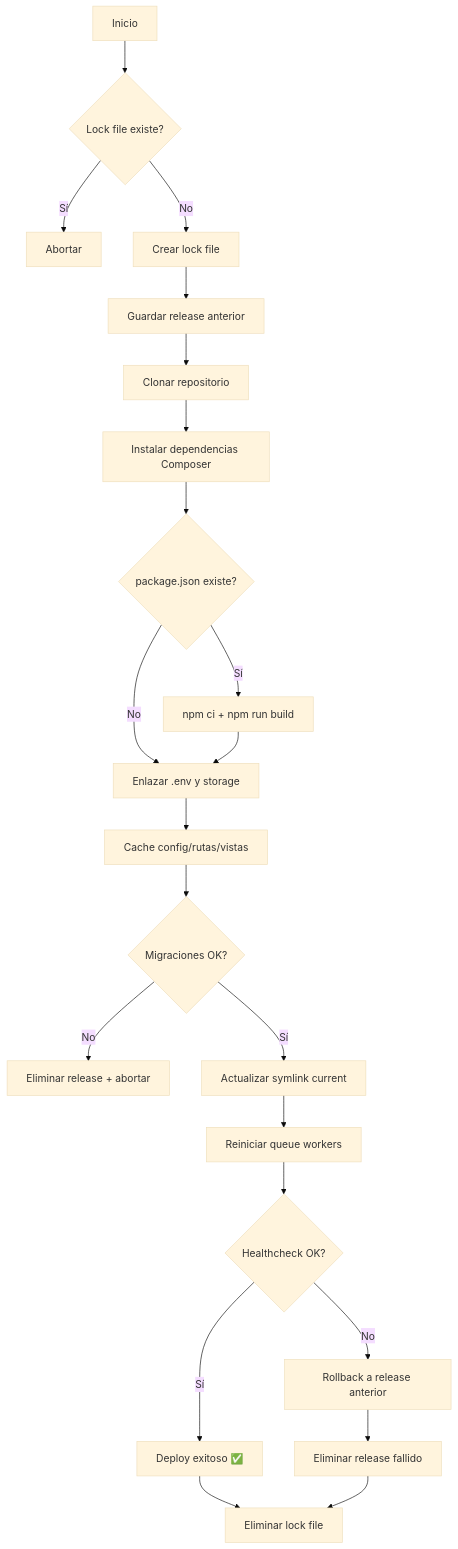
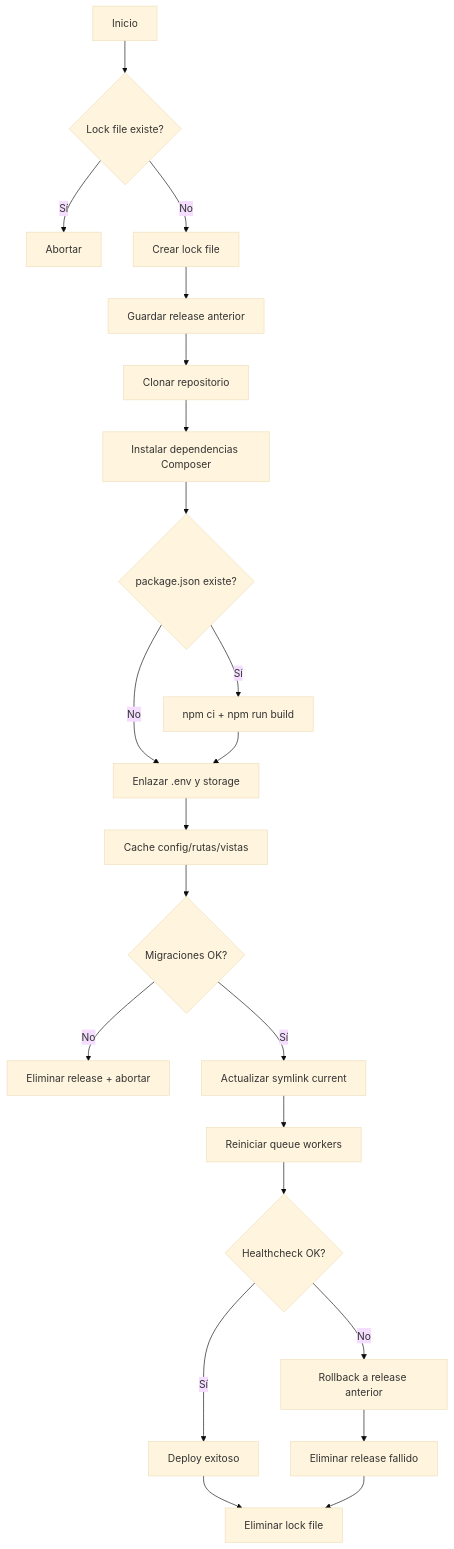
Before and after one commit to elmudometal/server-deploy: the diagram in README.md, drawn with Mermaid (base theme).

Commit message:
fix: eliminar icono en grafico
esto evita que el grafico se renderice en github

````diff
--- a/README.md
+++ b/README.md
@@ -177,24 +177,24 @@
 ```mermaid
 flowchart TD
     A[Inicio] --> B{Lock file existe?}
     B -- Sí --> Z[Abortar]
     B -- No --> C[Crear lock file]
     C --> D[Guardar release anterior]
     D --> E[Clonar repositorio]
     E --> F[Instalar dependencias Composer]
     F --> G{package.json existe?}
     G -- Sí --> H[npm ci + npm run build]
     G -- No --> I[Enlazar .env y storage]
     H --> I
     I --> J[Cache config/rutas/vistas]
     J --> K{Migraciones OK?}
     K -- No --> L[Eliminar release + abortar]
     K -- Sí --> M[Actualizar symlink current]
     M --> N[Reiniciar queue workers]
     N --> O{Healthcheck OK?}
-    O -- Sí --> P[Deploy exitoso ✅]
+    O -- Sí --> P[Deploy exitoso]
     O -- No --> Q[Rollback a release anterior]
     Q --> R[Eliminar release fallido]
     P --> S[Eliminar lock file]
     R --> S
 ```
````
